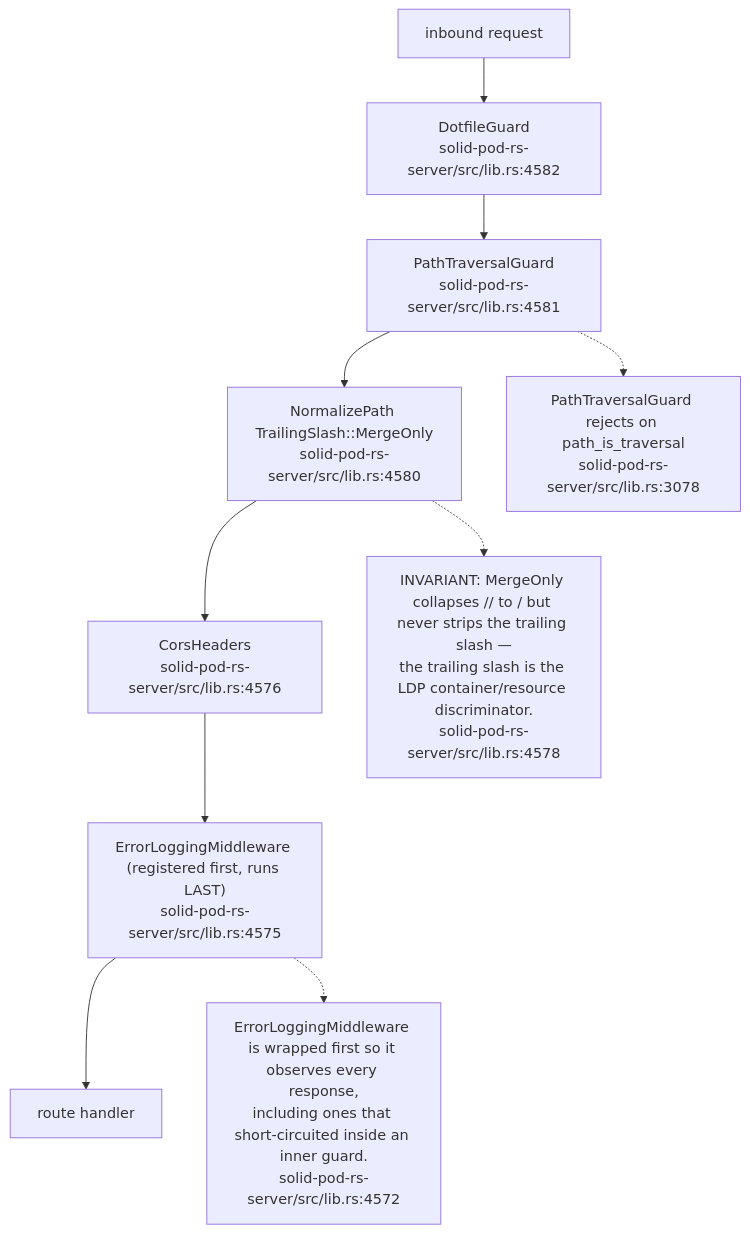
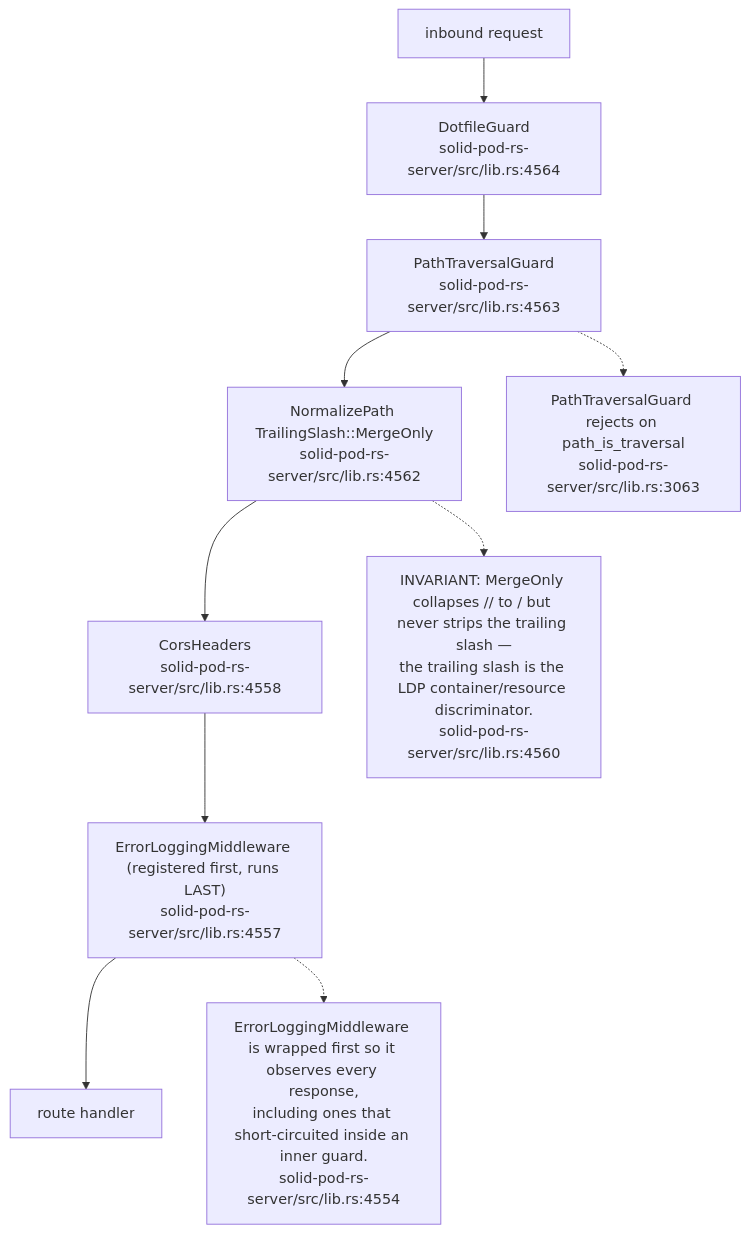
One commit to DreamLab-AI/VisionFlow changed the seventh of 11 diagrams in docs/diagrams/solid-pod-rs/02-server-boot-and-routes.md. Above: the diagram before and after it, drawn with Mermaid. The commit also changed other lines of this file and 21 other files, not shown here.

Commit message:
docs(diagrams): refresh first verified estate batch

````diff
--- a/docs/diagrams/solid-pod-rs/02-server-boot-and-routes.md
+++ b/docs/diagrams/solid-pod-rs/02-server-boot-and-routes.md
@@ -184,19 +182,19 @@
 ```mermaid
 flowchart TD
     REQ["inbound request"]
-    ELM["ErrorLoggingMiddleware (registered first, runs LAST)<br/>solid-pod-rs-server/src/lib.rs:4575"]
-    CORS["CorsHeaders<br/>solid-pod-rs-server/src/lib.rs:4576"]
-    NORM["NormalizePath TrailingSlash::MergeOnly<br/>solid-pod-rs-server/src/lib.rs:4580"]
-    PTG["PathTraversalGuard<br/>solid-pod-rs-server/src/lib.rs:4581"]
-    DFG["DotfileGuard<br/>solid-pod-rs-server/src/lib.rs:4582"]
+    ELM["ErrorLoggingMiddleware (registered first, runs LAST)<br/>solid-pod-rs-server/src/lib.rs:4557"]
+    CORS["CorsHeaders<br/>solid-pod-rs-server/src/lib.rs:4558"]
+    NORM["NormalizePath TrailingSlash::MergeOnly<br/>solid-pod-rs-server/src/lib.rs:4562"]
+    PTG["PathTraversalGuard<br/>solid-pod-rs-server/src/lib.rs:4563"]
+    DFG["DotfileGuard<br/>solid-pod-rs-server/src/lib.rs:4564"]
     H["route handler"]
 
     REQ --> DFG --> PTG --> NORM --> CORS --> ELM --> H
 
-    N1["INVARIANT: MergeOnly collapses // to / but never strips the trailing slash —<br/>the trailing slash is the LDP container/resource discriminator.<br/>solid-pod-rs-server/src/lib.rs:4578"]
+    N1["INVARIANT: MergeOnly collapses // to / but never strips the trailing slash —<br/>the trailing slash is the LDP container/resource discriminator.<br/>solid-pod-rs-server/src/lib.rs:4560"]
     NORM -.-> N1
-    N2["ErrorLoggingMiddleware is wrapped first so it observes every response,<br/>including ones that short-circuited inside an inner guard.<br/>solid-pod-rs-server/src/lib.rs:4572"]
+    N2["ErrorLoggingMiddleware is wrapped first so it observes every response,<br/>including ones that short-circuited inside an inner guard.<br/>solid-pod-rs-server/src/lib.rs:4554"]
     ELM -.-> N2
-    N3["PathTraversalGuard rejects on path_is_traversal<br/>solid-pod-rs-server/src/lib.rs:3078"]
+    N3["PathTraversalGuard rejects on path_is_traversal<br/>solid-pod-rs-server/src/lib.rs:3063"]
     PTG -.-> N3
 ```
````
